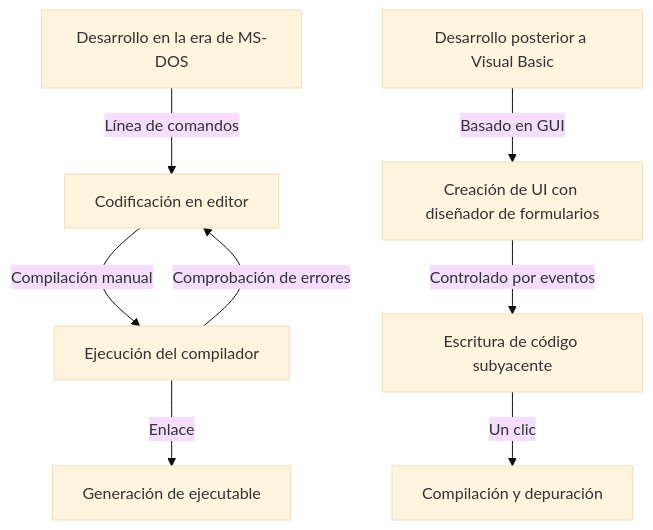
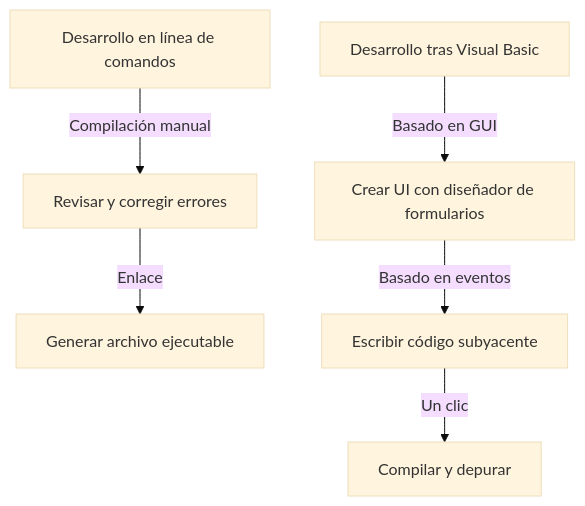
The first of 2 diagrams in content/post/history-of-visual-studio/index.es.md (kenjinote/blog), drawn with Mermaid (base theme) before and after one commit. The commit also changed other lines of this file and 129 other files, not shown here.

````diff
--- a/content/post/history-of-visual-studio/index.es.md
+++ b/content/post/history-of-visual-studio/index.es.md
@@ -32,11 +29,9 @@
 ```mermaid
 graph TD
-    A["Desarrollo en la era de MS-DOS"] -- "Línea de comandos" --> B["Codificación en editor"]
-    B -- "Compilación manual" --> C["Ejecución del compilador"]
-    C -- "Comprobación de errores" --> B
-    C -- "Enlace" --> D["Generación de ejecutable"]
+    A["Desarrollo en línea de comandos"] -- "Compilación manual" --> B["Revisar y corregir errores"]
+    B -- "Enlace" --> C["Generar archivo ejecutable"]
     
-    E["Desarrollo posterior a Visual Basic"] -- "Basado en GUI" --> F["Creación de UI con diseñador de formularios"]
-    F -- "Controlado por eventos" --> G["Escritura de código subyacente"]
-    G -- "Un clic" --> H["Compilación y depuración"]
+    D["Desarrollo tras Visual Basic"] -- "Basado en GUI" --> E["Crear UI con diseñador de formularios"]
+    E -- "Basado en eventos" --> F["Escribir código subyacente"]
+    F -- "Un clic" --> G["Compilar y depurar"]
 ```
````
